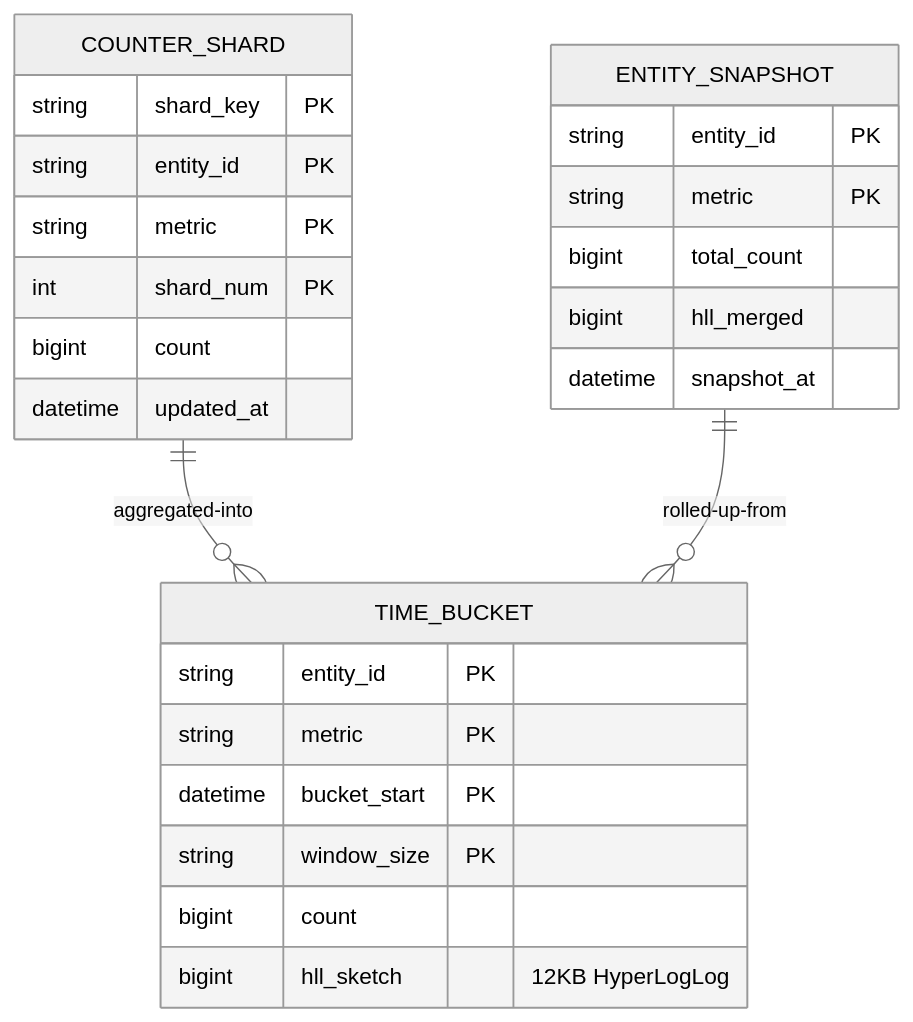
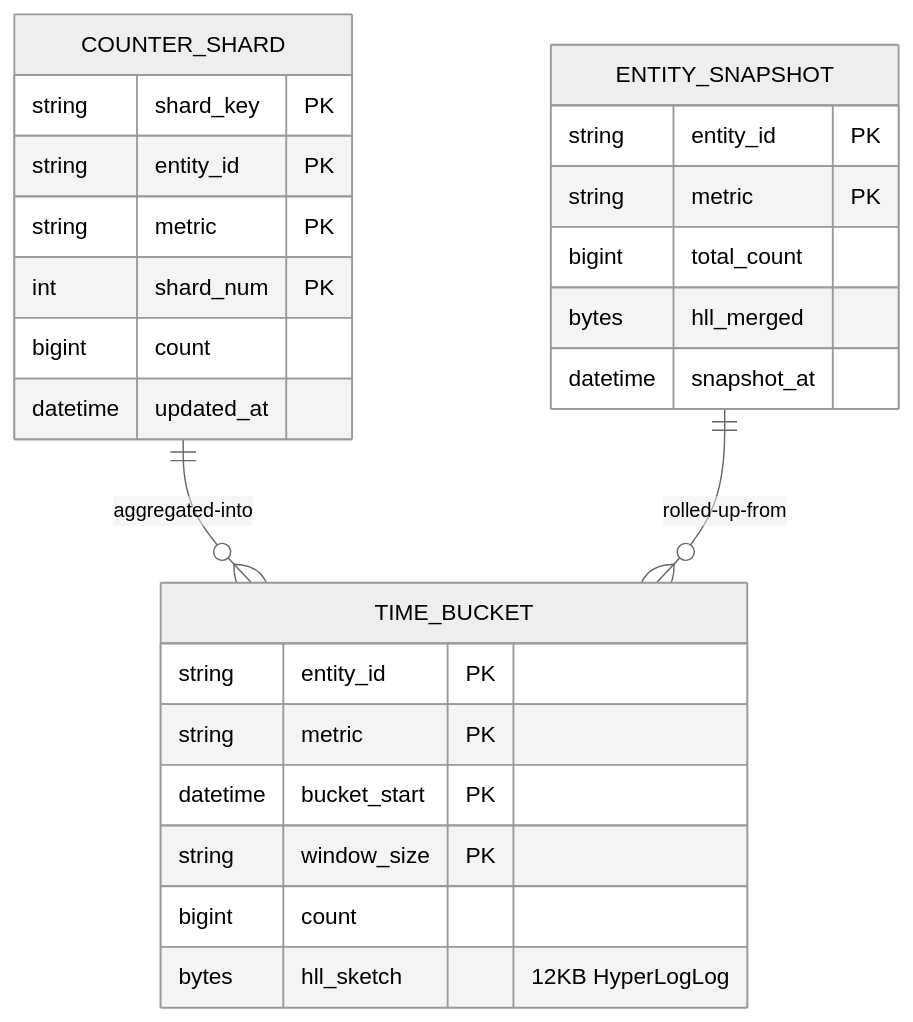
Before and after one commit to Ankan1998/learn-system-design: the first of 4 diagrams in Bonus-Real-World-Architectures/23-Distributed-Counter-Analytics/README.md, drawn with Mermaid (neutral theme). The commit also changed other lines of this file and 139 other files, not shown here.

````diff
--- a/Bonus-Real-World-Architectures/23-Distributed-Counter-Analytics/README.md
+++ b/Bonus-Real-World-Architectures/23-Distributed-Counter-Analytics/README.md
@@ -103,31 +103,31 @@
 ```mermaid
 erDiagram
     COUNTER_SHARD {
         string   shard_key     PK
         string   entity_id     PK
         string   metric        PK
         int      shard_num     PK
         bigint   count
         datetime updated_at
     }
 
     TIME_BUCKET {
         string   entity_id     PK
         string   metric        PK
         datetime bucket_start  PK
         string   window_size   PK
         bigint   count
-        bigint   hll_sketch    "12KB HyperLogLog"
+        bytes    hll_sketch    "12KB HyperLogLog"
     }
 
     ENTITY_SNAPSHOT {
         string   entity_id     PK
         string   metric        PK
         bigint   total_count
-        bigint   hll_merged
+        bytes    hll_merged
         datetime snapshot_at
     }
 
     COUNTER_SHARD ||--o{ TIME_BUCKET : "aggregated-into"
     ENTITY_SNAPSHOT ||--o{ TIME_BUCKET : "rolled-up-from"
 ```
````
